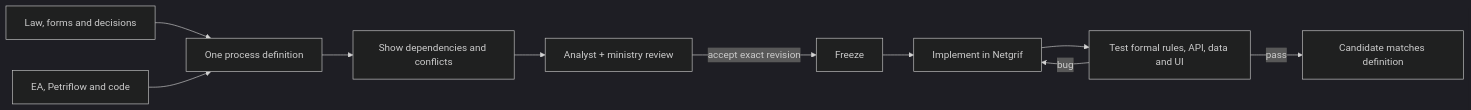
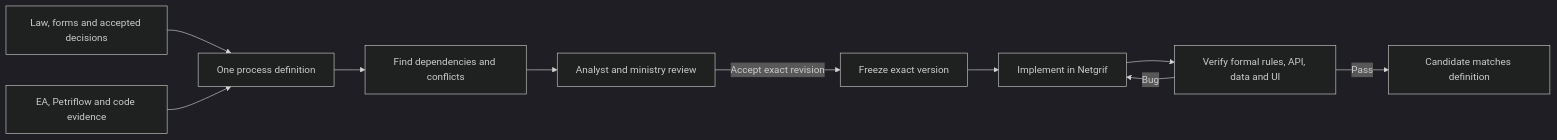
One commit to fixerivan/mudu-process-definition-standard changed the diagram in README.md. Above: the diagram before and after it, drawn with Mermaid (dark theme). The commit also changed other lines of this file and 10 other files, not shown here.

````diff
--- a/README.md
+++ b/README.md
@@ -65,12 +65,12 @@
 ```mermaid
-flowchart LR
-    E[Law, forms and decisions] --> D[One process definition]
-    I[EA, Petriflow and code] --> D
-    D --> G[Show dependencies and conflicts]
-    G --> R[Analyst + ministry review]
-    R -->|accept exact revision| F[Freeze]
-    F --> P[Implement in Netgrif]
-    P --> V[Test formal rules, API, data and UI]
-    V -->|pass| C[Candidate matches definition]
-    V -->|bug| P
+graph LR
+    E["Law, forms and accepted decisions"] --> D["One process definition"]
+    I["EA, Petriflow and code evidence"] --> D
+    D --> G["Find dependencies and conflicts"]
+    G --> R["Analyst and ministry review"]
+    R -->|Accept exact revision| F["Freeze exact version"]
+    F --> P["Implement in Netgrif"]
+    P --> V["Verify formal rules, API, data and UI"]
+    V -->|Pass| C["Candidate matches definition"]
+    V -->|Bug| P
 ```
````
